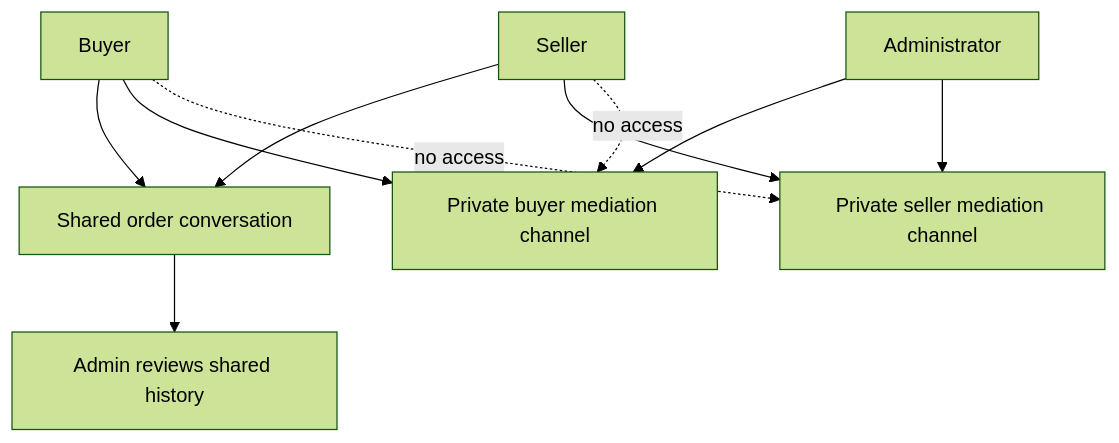
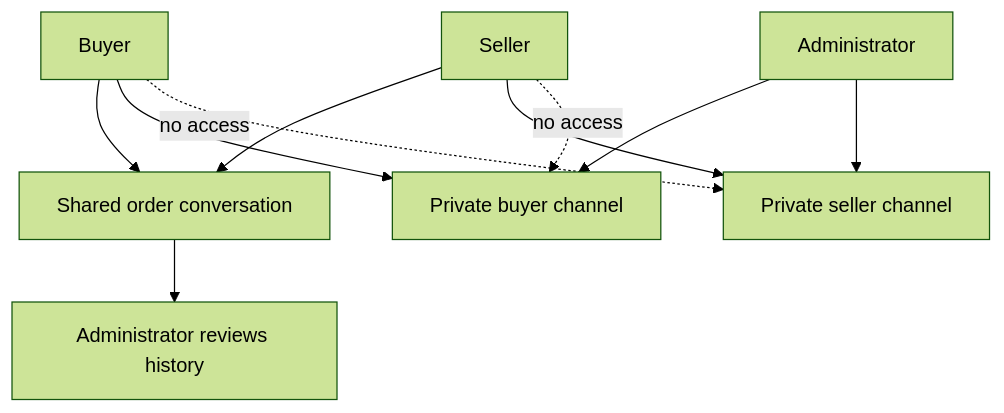
One commit to Schneider-Gr/industria24hIA changed the second of 2 diagrams in openwiki/workflows/after-sales-disputes.md. Above: the diagram before and after it, drawn with Mermaid (forest theme). The commit also changed other lines of this file and 32 other files, not shown here.

````diff
--- a/openwiki/workflows/after-sales-disputes.md
+++ b/openwiki/workflows/after-sales-disputes.md
@@ -121,12 +124,12 @@
 ```mermaid
 flowchart TD
     Buyer[Buyer] --> Shared[Shared order conversation]
     Seller[Seller] --> Shared
-    Shared --> AdminReview[Admin reviews shared history]
-    Buyer --> BuyerChannel[Private buyer mediation channel]
+    Shared --> Review[Administrator reviews history]
+    Buyer --> BuyerChannel[Private buyer channel]
     Admin[Administrator] --> BuyerChannel
-    Seller --> SellerChannel[Private seller mediation channel]
+    Seller --> SellerChannel[Private seller channel]
     Admin --> SellerChannel
     Buyer -. no access .-> SellerChannel
     Seller -. no access .-> BuyerChannel
 ```
````
